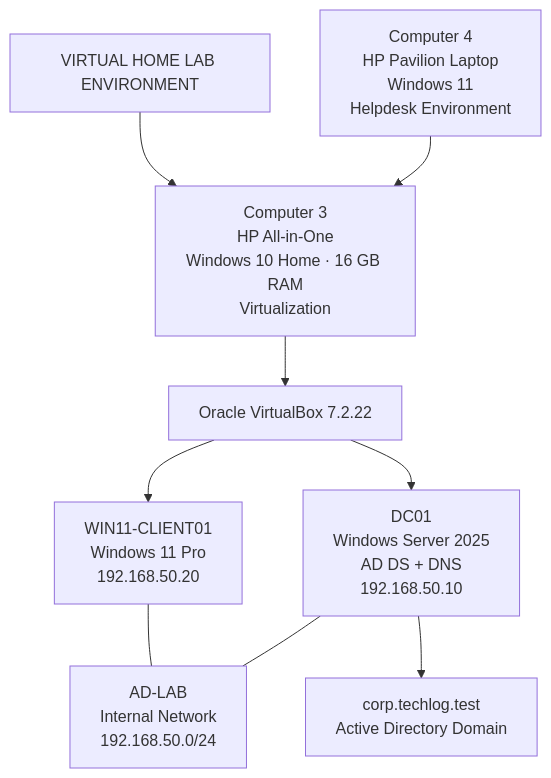
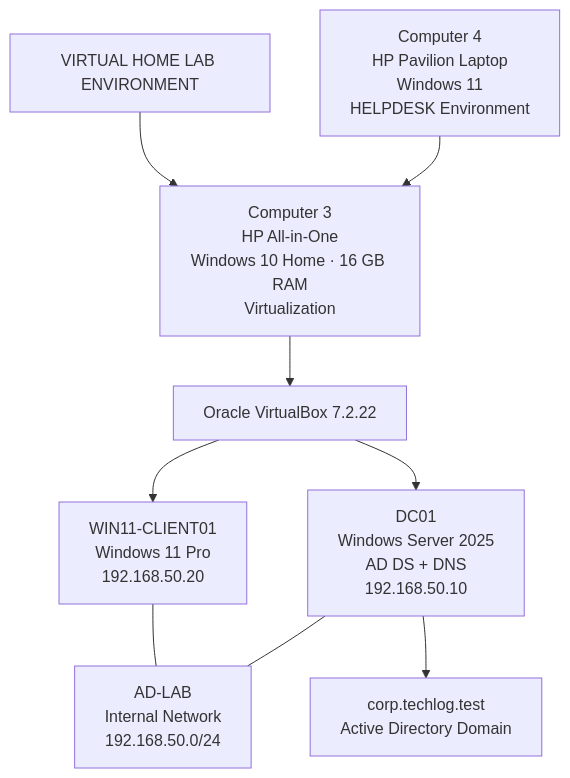
One commit to aang81a/my-it-support-portfolio changed the second of 2 diagrams in PROJECTS/01-lab-environment/lab-environment-overview.md. Above: the diagram before and after it, drawn with Mermaid.

````diff
--- a/PROJECTS/01-lab-environment/lab-environment-overview.md
+++ b/PROJECTS/01-lab-environment/lab-environment-overview.md
@@ -47,24 +47,24 @@
 ```mermaid
 flowchart TB
     HOME["VIRTUAL HOME LAB ENVIRONMENT"]
-    C4["Computer 4<br/>HP Pavilion Laptop<br/>Windows 11<br/>Helpdesk Environment"]
+    C4["Computer 4<br/>HP Pavilion Laptop<br/>Windows 11<br/>HELPDESK Environment"]
 
     C3["Computer 3<br/>HP All-in-One<br/>Windows 10 Home · 16 GB RAM<br/>Virtualization"]
     
 
     VB["Oracle VirtualBox 7.2.22"]
     CLIENT["WIN11-CLIENT01<br/>Windows 11 Pro<br/>192.168.50.20"]
     SERVER["DC01<br/>Windows Server 2025<br/>AD DS + DNS<br/>192.168.50.10"]
     NETWORK["AD-LAB<br/>Internal Network<br/>192.168.50.0/24"]
     DOMAIN["corp.techlog.test<br/>Active Directory Domain"]
 
     HOME --> C3
     C4 --> C3
 
     C3 --> VB
     VB --> CLIENT
     VB --> SERVER
     CLIENT --- NETWORK
     SERVER --- NETWORK
     SERVER --> DOMAIN
 ```
````
